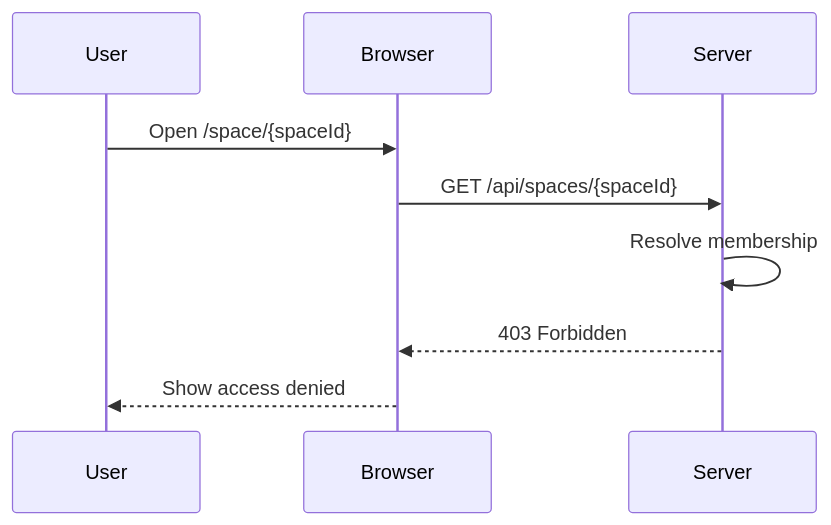
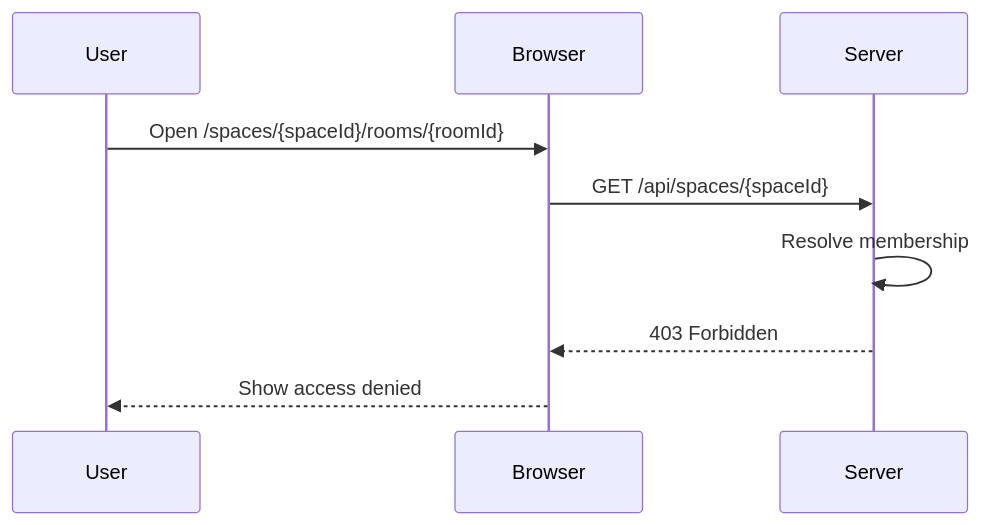
Before and after one commit to jchadwick/ai-spaces: the fourth of 5 diagrams in docs/flows/03-collaborator-access.md, drawn with Mermaid. The commit also changed other lines of this file and 33 other files, not shown here.

````diff
--- a/docs/flows/03-collaborator-access.md
+++ b/docs/flows/03-collaborator-access.md
@@ -75,12 +78,12 @@
 ```mermaid
 sequenceDiagram
     participant User
     participant Browser
     participant Server
 
-    User->>Browser: Open /space/{spaceId}
+    User->>Browser: Open /spaces/{spaceId}/rooms/{roomId}
     Browser->>Server: GET /api/spaces/{spaceId}
     Server->>Server: Resolve membership
     Server-->>Browser: 403 Forbidden
     Browser-->>User: Show access denied
 ```
````
